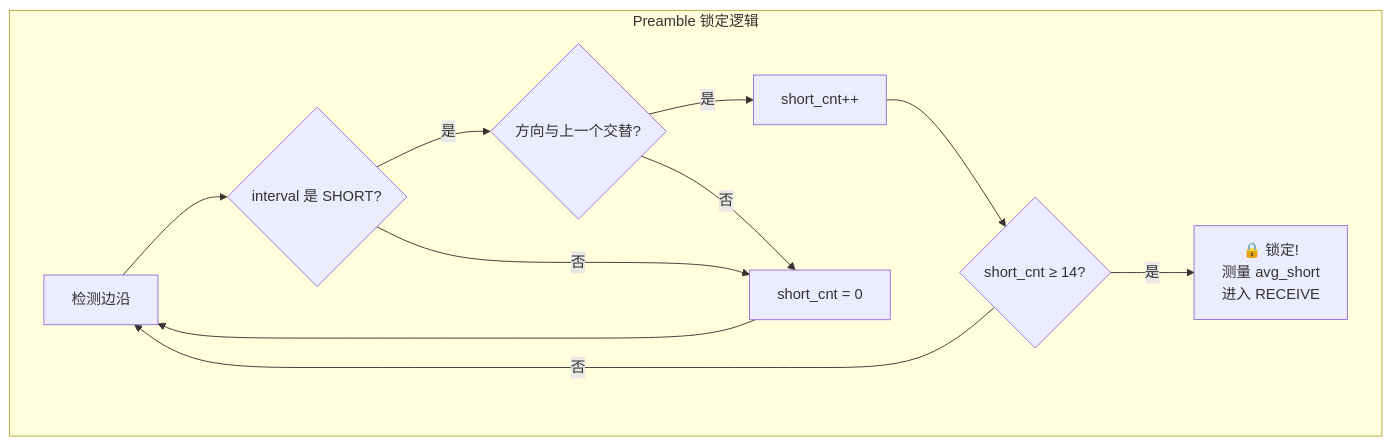
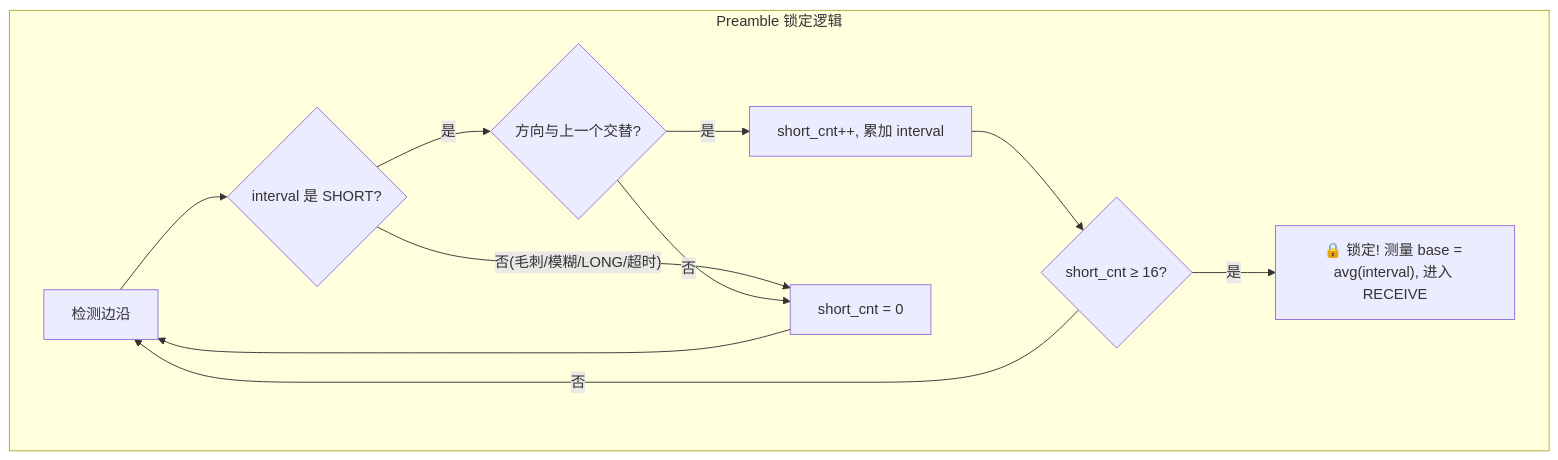
The fourth of 7 diagrams in 输出/SR3读卡器/EM4095详解.md (Siaiai/ObsidianNote), drawn with Mermaid before and after one commit. The commit also changed other lines of this file and 1 other file, not shown here.

````diff
--- a/输出/SR3读卡器/EM4095详解.md
+++ b/输出/SR3读卡器/EM4095详解.md
@@ -225,27 +96,15 @@
 ```mermaid
-
 flowchart TD
-
-    subgraph lock["Preamble 锁定逻辑"]
-
-        L1["检测边沿"] --> L2{"interval 是 SHORT?"}
-
-        L2 -->|是| L3{"方向与上一个交替?"}
-
-        L3 -->|是| L4["short_cnt++"]
-
-        L3 -->|否| L5["short_cnt = 0"]
-
-        L2 -->|否| L5
-
-        L4 --> L6{"short_cnt ≥ 14?"}
-
-        L6 -->|是| L7["🔒 锁定!\n测量 avg_short\n进入 RECEIVE"]
-
-        L6 -->|否| L1
-
-        L5 --> L1
-
-    end
-
+    subgraph lock["Preamble 锁定逻辑"]
+        L1["检测边沿"]
+        --> L2{"interval 是 SHORT?"}
+        -->|是| L3{"方向与上一个交替?"}
+        -->|是| L4["short_cnt++, 累加 interval"]
+        --> L6{"short_cnt ≥ 16?"}
+        -->|是| L7["🔒 锁定! 测量 base = avg(interval), 进入 RECEIVE"]
+        L2 -->|"否(毛刺/模糊/LONG/超时)"| L5["short_cnt = 0"]
+        L3 -->|否| L5
+        L6 -->|否| L1
+        L5 --> L1
+    end
 ```
````
